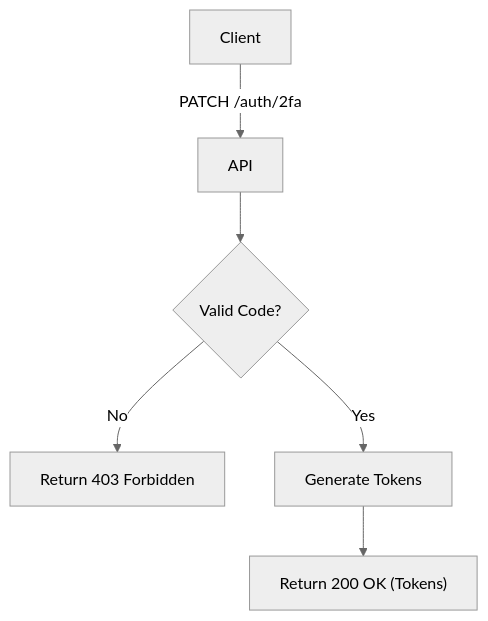
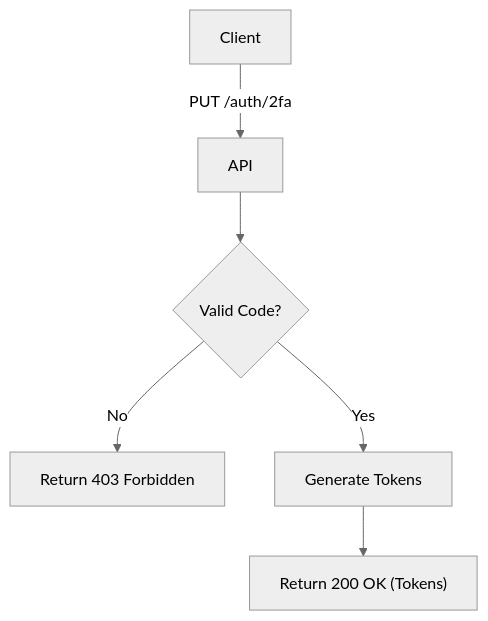
Before and after one commit to leandroluk/investor: the diagram in apps/doc/src/content/api/auth/authorize-2fa.mdx, drawn with Mermaid (neutral theme). The commit also changed other lines of this file and 132 other files, not shown here.

````diff
--- a/apps/doc/src/content/api/auth/authorize-2fa.mdx
+++ b/apps/doc/src/content/api/auth/authorize-2fa.mdx
@@ -25,8 +25,8 @@
 ```mermaid
 flowchart TD
-  A["Client"] -- "PATCH /auth/2fa" --> B["API"]
+  A["Client"] -- "PUT /auth/2fa" --> B["API"]
   B --> C{"Valid Code?"}
   C -- "No" --> D["Return 403 Forbidden"]
   C -- "Yes" --> E["Generate Tokens"]
   E --> F["Return 200 OK (Tokens)"]
 ```
````
